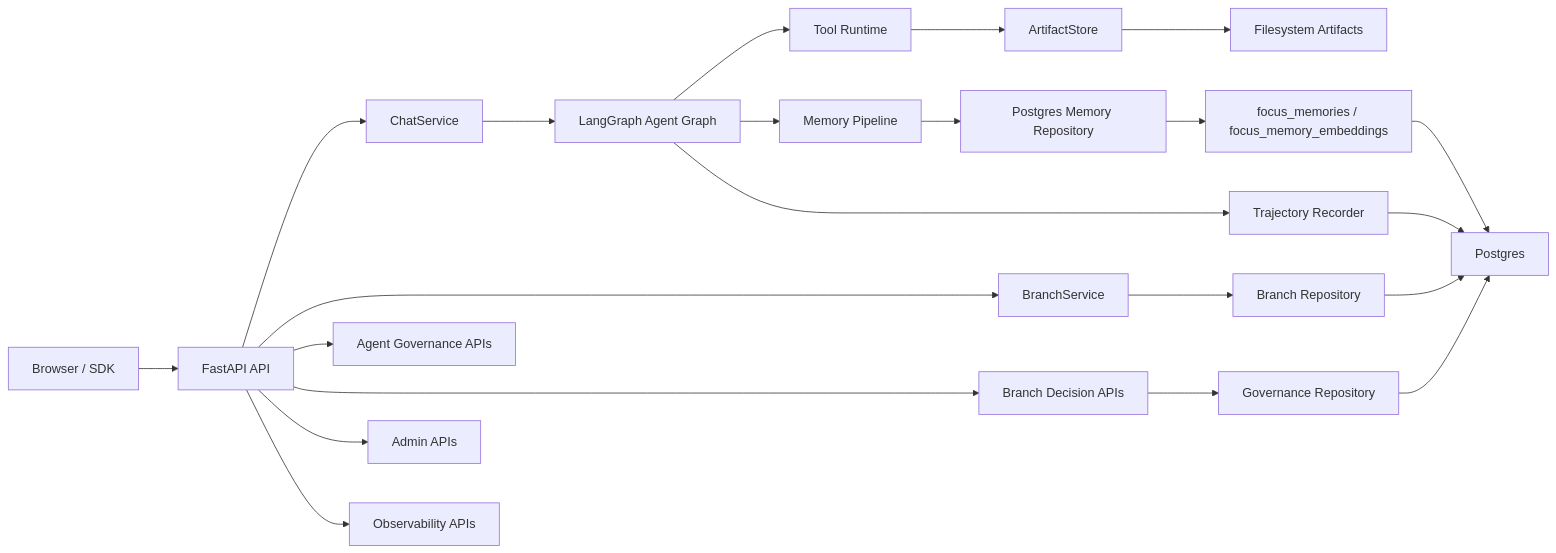
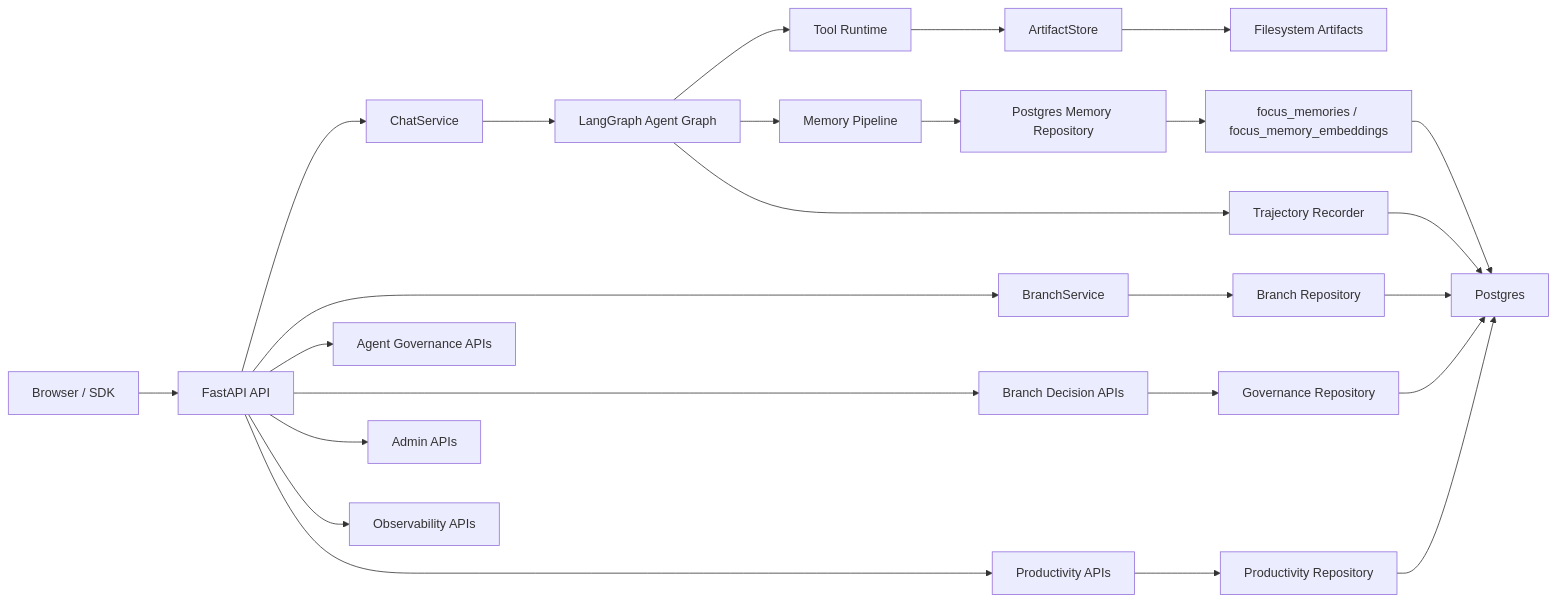
Before and after one commit to William-zgx/focus-agent: the first of 8 diagrams in docs/architecture.md, drawn with Mermaid. The commit also changed other lines of this file and 93 other files, not shown here.

````diff
--- a/docs/architecture.md
+++ b/docs/architecture.md
@@ -48,24 +49,27 @@
 ```mermaid
 flowchart LR
     User["Browser / SDK"] --> API["FastAPI API"]
     API --> Chat["ChatService"]
     API --> Branch["BranchService"]
     API --> Governance["Agent Governance APIs"]
     API --> Decision["Branch Decision APIs"]
     API --> Admin["Admin APIs"]
     API --> Obs["Observability APIs"]
+    API --> Productivity["Productivity APIs"]
     Chat --> Graph["LangGraph Agent Graph"]
     Graph --> Tools["Tool Runtime"]
     Graph --> Memory["Memory Pipeline"]
     Graph --> Trace["Trajectory Recorder"]
     Branch --> Repo["Branch Repository"]
     Decision --> GovRepo["Governance Repository"]
     Memory --> MemoryRepo["Postgres Memory Repository"]
     MemoryRepo --> MemoryTables["focus_memories / focus_memory_embeddings"]
     Trace --> PG["Postgres"]
     Repo --> PG
+    Productivity --> ProductivityRepo["Productivity Repository"]
+    ProductivityRepo --> PG
     GovRepo --> PG
     MemoryTables --> PG
     Tools --> ArtifactStore["ArtifactStore"]
     ArtifactStore --> Artifacts["Filesystem Artifacts"]
 ```
````
